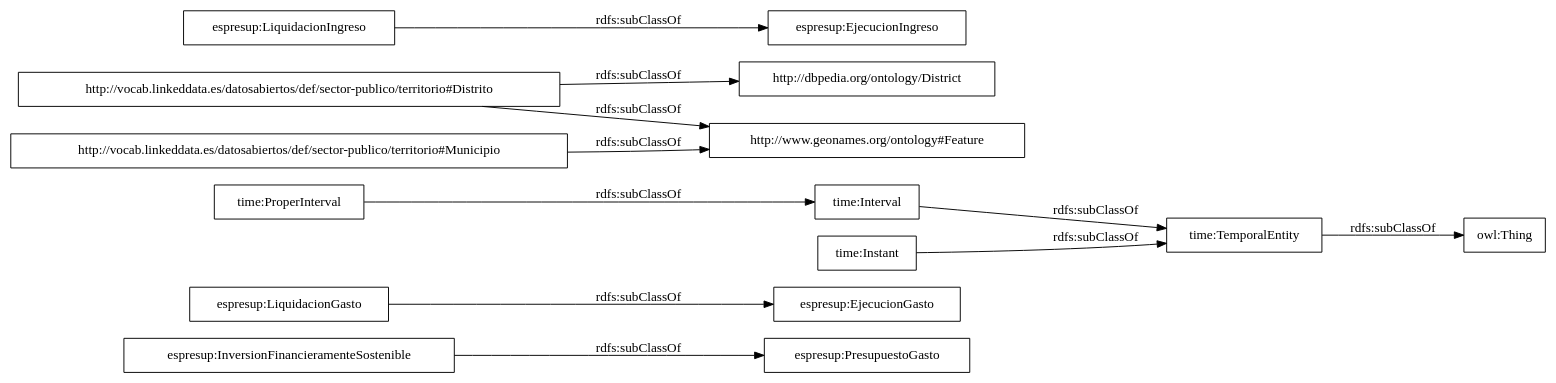
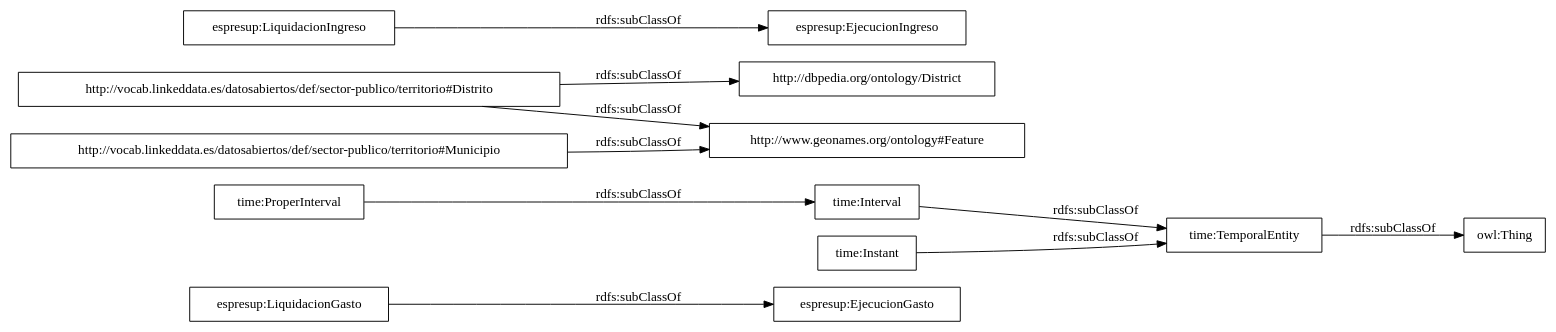
One commit to CiudadesAbiertas/vocab-hacienda-presupuesto changed the diagram in OnToology/ontology/presupuesto.owl/diagrams/ar2dtool-taxonomy/presupuesto.owl.png.dot. Above: the diagram before and after it, drawn with Graphviz. The commit also changed 12 other files, not shown here.

```diff
--- a/OnToology/ontology/presupuesto.owl/diagrams/ar2dtool-taxonomy/presupuesto.owl.png.dot
+++ b/OnToology/ontology/presupuesto.owl/diagrams/ar2dtool-taxonomy/presupuesto.owl.png.dot
@@ -1,16 +1,15 @@
 digraph ar2dtool_diagram { 
 rankdir=LR;
 size="1000"
-node [shape = rectangle, color="black"]; "espresup:PresupuestoGasto" "espresup:EjecucionGasto" "espresup:InversionFinancieramenteSostenible" "time:ProperInterval" "http://dbpedia.org/ontology/District" "espresup:LiquidacionGasto" "time:Interval" "time:TemporalEntity" "espresup:LiquidacionIngreso" "http://vocab.linkeddata.es/datosabiertos/def/sector-publico/territorio#Distrito" "http://www.geonames.org/ontology#Feature" "http://vocab.linkeddata.es/datosabiertos/def/sector-publico/territorio#Municipio" "espresup:EjecucionIngreso" "time:Instant" ; /*classes style*/
+node [shape = rectangle, color="black"]; "espresup:EjecucionGasto" "time:ProperInterval" "http://dbpedia.org/ontology/District" "espresup:LiquidacionGasto" "time:Interval" "time:TemporalEntity" "espresup:LiquidacionIngreso" "http://vocab.linkeddata.es/datosabiertos/def/sector-publico/territorio#Distrito" "http://www.geonames.org/ontology#Feature" "http://vocab.linkeddata.es/datosabiertos/def/sector-publico/territorio#Municipio" "espresup:EjecucionIngreso" "time:Instant" ; /*classes style*/
 	"time:ProperInterval" -> "time:Interval" [ label = "rdfs:subClassOf" ];
 	"http://vocab.linkeddata.es/datosabiertos/def/sector-publico/territorio#Distrito" -> "http://www.geonames.org/ontology#Feature" [ label = "rdfs:subClassOf" ];
 	"http://vocab.linkeddata.es/datosabiertos/def/sector-publico/territorio#Distrito" -> "http://dbpedia.org/ontology/District" [ label = "rdfs:subClassOf" ];
 	"espresup:LiquidacionGasto" -> "espresup:EjecucionGasto" [ label = "rdfs:subClassOf" ];
 	"time:TemporalEntity" -> "owl:Thing" [ label = "rdfs:subClassOf" ];
 	"espresup:LiquidacionIngreso" -> "espresup:EjecucionIngreso" [ label = "rdfs:subClassOf" ];
 	"time:Instant" -> "time:TemporalEntity" [ label = "rdfs:subClassOf" ];
 	"http://vocab.linkeddata.es/datosabiertos/def/sector-publico/territorio#Municipio" -> "http://www.geonames.org/ontology#Feature" [ label = "rdfs:subClassOf" ];
-	"espresup:InversionFinancieramenteSostenible" -> "espresup:PresupuestoGasto" [ label = "rdfs:subClassOf" ];
 	"time:Interval" -> "time:TemporalEntity" [ label = "rdfs:subClassOf" ];
 
 }
```
